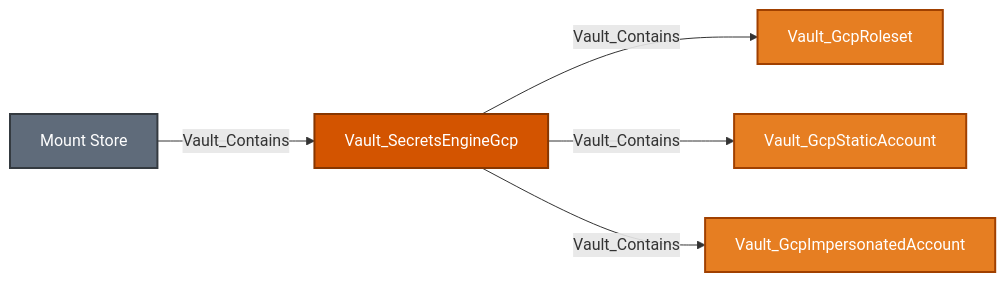
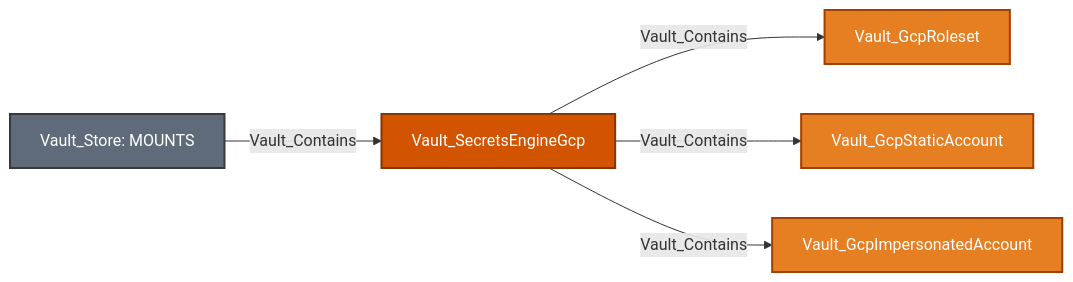
One commit to bytewreck/opengraph-vault changed the tenth of 29 diagrams in Documentation/stores/MOUNTS.md. Above: the diagram before and after it, drawn with Mermaid. The commit also changed other lines of this file and 13 other files, not shown here.

````diff
--- a/Documentation/stores/MOUNTS.md
+++ b/Documentation/stores/MOUNTS.md
@@ -476,11 +511,11 @@
 ```mermaid
 flowchart LR
-    store[Mount Store]:::storeNode -->|Vault_Contains| mount[Vault_SecretsEngineGcp]:::mountNode
+    store[Vault_Store: MOUNTS]:::storeNode -->|Vault_Contains| mount[Vault_SecretsEngineGcp]:::mountNode
     mount -->|Vault_Contains| roleset[Vault_GcpRoleset]:::secretObjectNode
     mount -->|Vault_Contains| static[Vault_GcpStaticAccount]:::secretObjectNode
     mount -->|Vault_Contains| impersonated[Vault_GcpImpersonatedAccount]:::secretObjectNode
 
     classDef storeNode fill:#5F6B7A,color:#fff,stroke:#343A40,stroke-width:2px
     classDef mountNode fill:#D35400,color:#fff,stroke:#873600,stroke-width:2px
     classDef secretObjectNode fill:#E67E22,color:#fff,stroke:#A04000,stroke-width:2px
 ```
````
